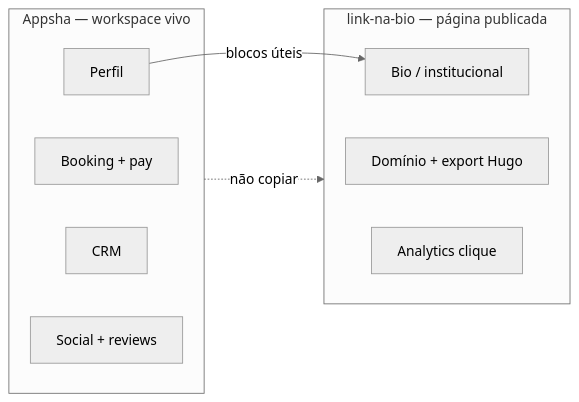
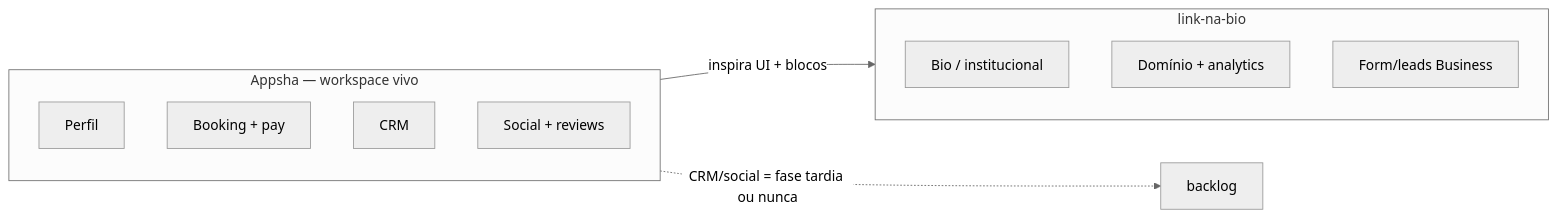
The first of 2 diagrams in docs/concorrente-appsha.md (Jorge-William/link-na-bio), drawn with Mermaid (neutral theme) before and after one commit. The commit also changed other lines of this file and 7 other files, not shown here.

````diff
--- a/docs/concorrente-appsha.md
+++ b/docs/concorrente-appsha.md
@@ -7,16 +7,16 @@
 ```mermaid
 flowchart LR
   subgraph appsha["Appsha — workspace vivo"]
     P[Perfil]
     B[Booking + pay]
     C[CRM]
     S[Social + reviews]
   end
-  subgraph nos["link-na-bio — página publicada"]
+  subgraph nos["link-na-bio"]
     Bio[Bio / institucional]
-    Dom[Domínio + export Hugo]
-    An[Analytics clique]
+    Dom[Domínio + analytics]
+    Lead[Form/leads Business]
   end
-  appsha -.->|não copiar| nos
-  P -->|blocos úteis| Bio
+  appsha -->|inspira UI + blocos| nos
+  appsha -.->|CRM/social = fase tardia ou nunca| X[backlog]
 ```
````
